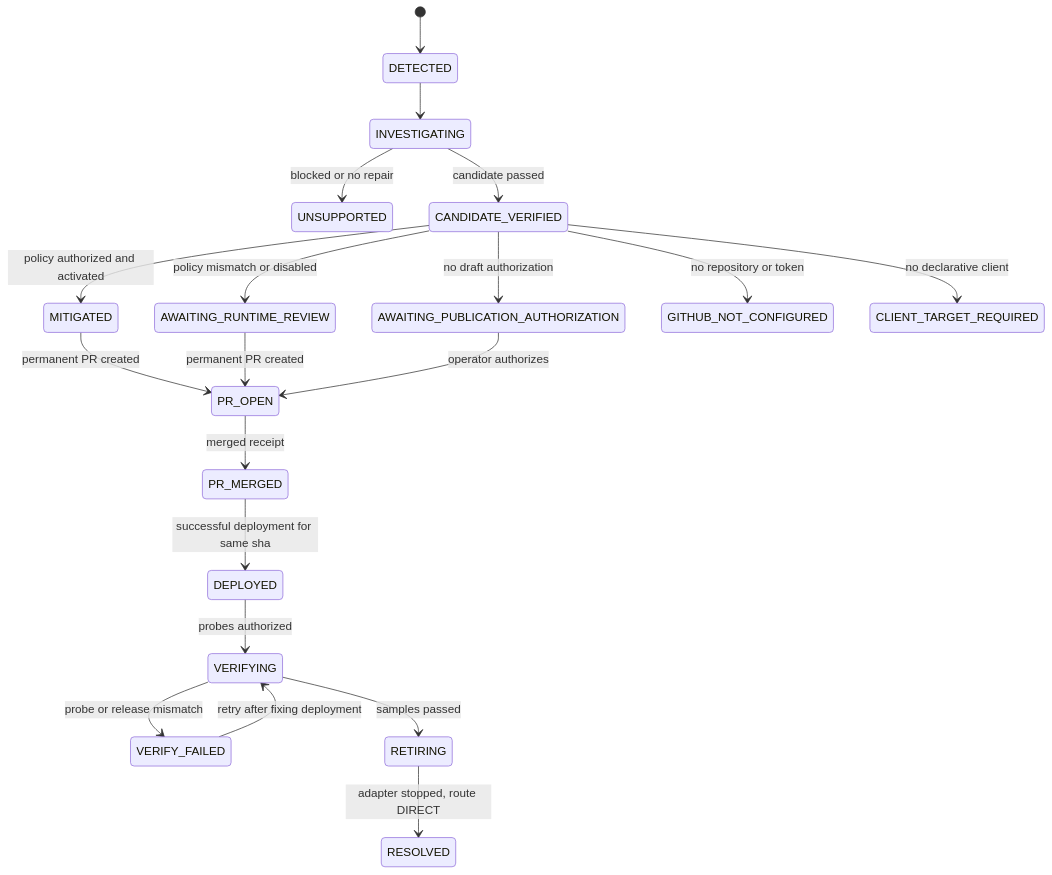
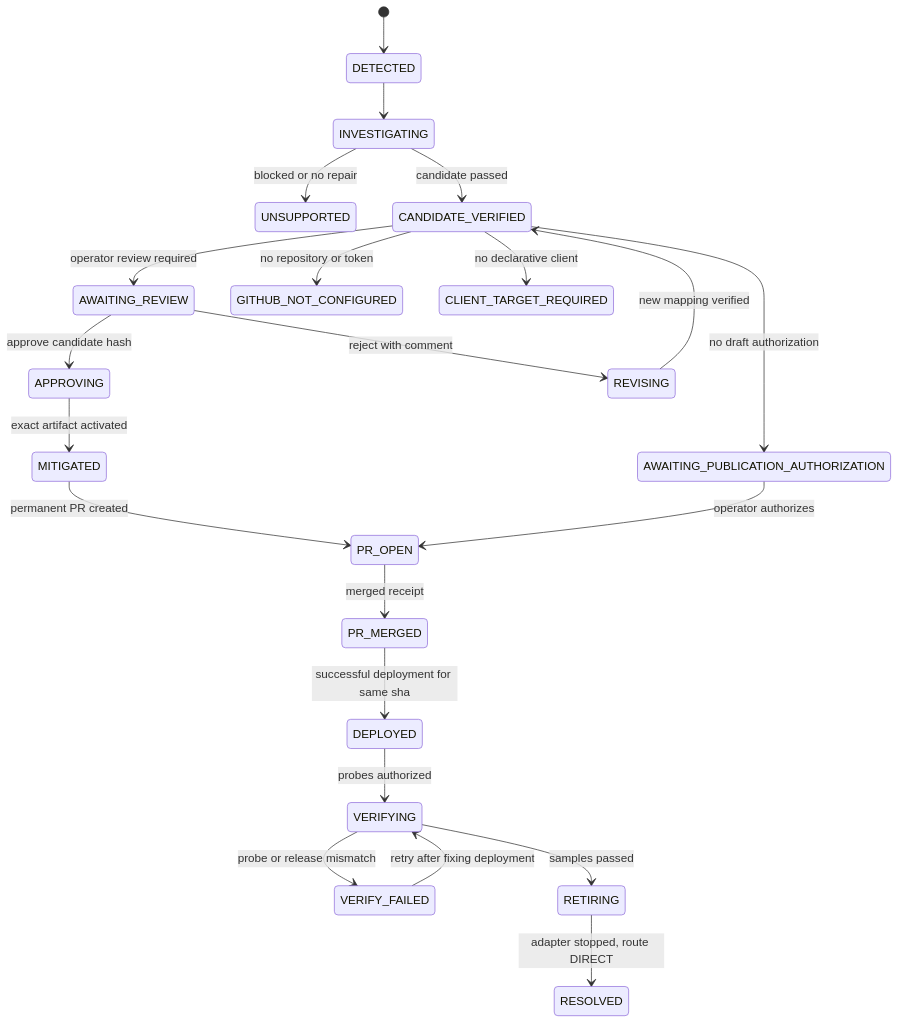
Before and after one commit to mtwn105/contractbridge: diagram 15 of 17 in docs/low-level-design.md, drawn with Mermaid. The commit also changed other lines of this file and 25 other files, not shown here.

First line of the commit message:
Replace pinned mitigation policy with operator review loop

````diff
--- a/docs/low-level-design.md
+++ b/docs/low-level-design.md
@@ -635,22 +650,24 @@
 ```mermaid
 stateDiagram-v2
     [*] --> DETECTED
     DETECTED --> INVESTIGATING
     INVESTIGATING --> UNSUPPORTED: blocked or no repair
     INVESTIGATING --> CANDIDATE_VERIFIED: candidate passed
-    CANDIDATE_VERIFIED --> MITIGATED: policy authorized and activated
-    CANDIDATE_VERIFIED --> AWAITING_RUNTIME_REVIEW: policy mismatch or disabled
+    CANDIDATE_VERIFIED --> AWAITING_REVIEW: operator review required
+    AWAITING_REVIEW --> APPROVING: approve candidate hash
+    AWAITING_REVIEW --> REVISING: reject with comment
+    REVISING --> CANDIDATE_VERIFIED: new mapping verified
+    APPROVING --> MITIGATED: exact artifact activated
     CANDIDATE_VERIFIED --> AWAITING_PUBLICATION_AUTHORIZATION: no draft authorization
     CANDIDATE_VERIFIED --> GITHUB_NOT_CONFIGURED: no repository or token
     CANDIDATE_VERIFIED --> CLIENT_TARGET_REQUIRED: no declarative client
     MITIGATED --> PR_OPEN: permanent PR created
-    AWAITING_RUNTIME_REVIEW --> PR_OPEN: permanent PR created
     AWAITING_PUBLICATION_AUTHORIZATION --> PR_OPEN: operator authorizes
     PR_OPEN --> PR_MERGED: merged receipt
     PR_MERGED --> DEPLOYED: successful deployment for same sha
     DEPLOYED --> VERIFYING: probes authorized
     VERIFYING --> VERIFY_FAILED: probe or release mismatch
     VERIFYING --> RETIRING: samples passed
     RETIRING --> RESOLVED: adapter stopped, route DIRECT
     VERIFY_FAILED --> VERIFYING: retry after fixing deployment
 ```
````
